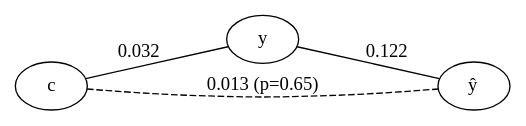
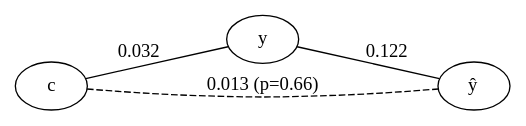
The diagram in fig/raw/emp_hcp_acq_comb_partial.dot (pni-lab/mlconfound-manuscript), drawn with Graphviz before and after one commit. The commit also changed 143 other files, not shown here.

```diff
--- a/fig/raw/emp_hcp_acq_comb_partial.dot
+++ b/fig/raw/emp_hcp_acq_comb_partial.dot
@@ -1,9 +1,9 @@
 graph {
 	rankdir=LR
 	c [label=c]
 	y [label=y]
 	yhat [label=<y&#770;>]
-	c -- yhat [label="0.013 (p=0.65)" style=dashed]
+	c -- yhat [label="0.013 (p=0.66)" style=dashed]
 	c -- y [label=0.032]
 	y -- yhat [label=0.122]
 }
```
